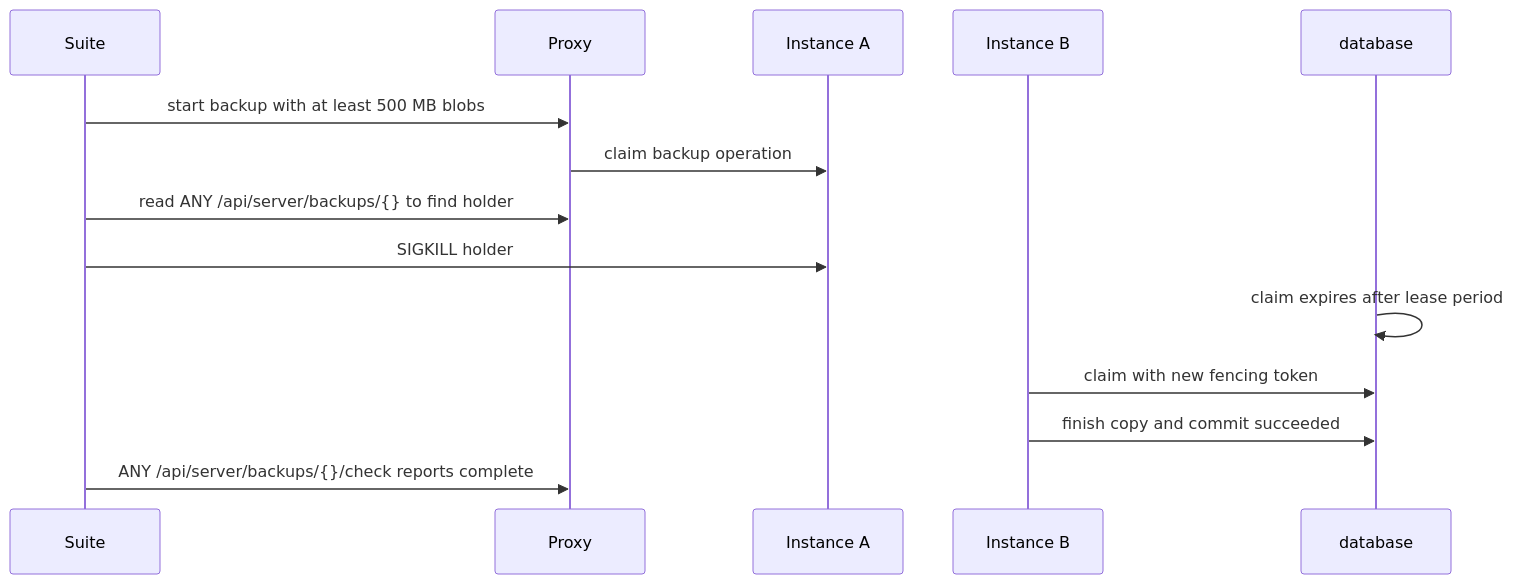
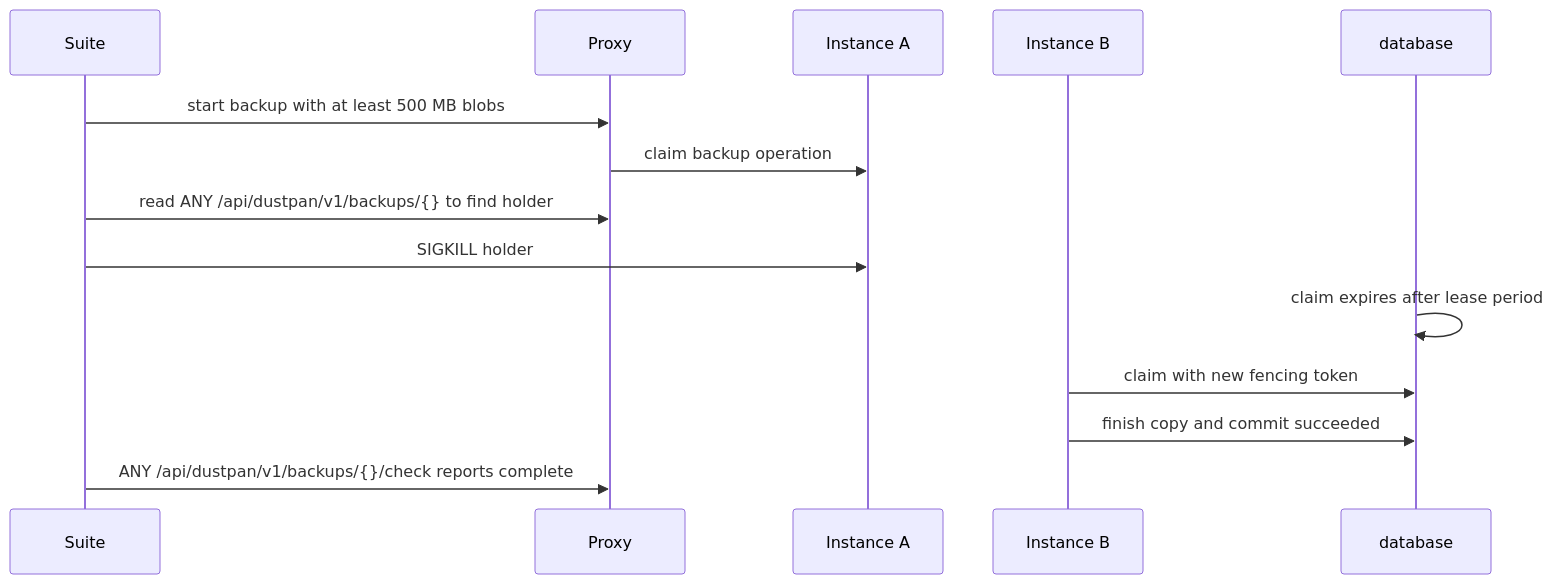
The first of 3 diagrams in openspec/changes/kill-during-backup/design.md (OpenDustpan/OpenDustpan), drawn with Mermaid before and after one commit. The commit also changed 16 other files, not shown here.

````diff
--- a/openspec/changes/kill-during-backup/design.md
+++ b/openspec/changes/kill-during-backup/design.md
@@ -23,16 +23,16 @@
 ```mermaid
 sequenceDiagram
 participant S as Suite
 participant P as Proxy
 participant A as Instance A
 participant B as Instance B
 participant D as database
 S->>P: start backup with at least 500 MB blobs
 P->>A: claim backup operation
-S->>P: read ANY /api/server/backups/{} to find holder
+S->>P: read ANY /api/dustpan/v1/backups/{} to find holder
 S->>A: SIGKILL holder
 D->>D: claim expires after lease period
 B->>D: claim with new fencing token
 B->>D: finish copy and commit succeeded
-S->>P: ANY /api/server/backups/{}/check reports complete
+S->>P: ANY /api/dustpan/v1/backups/{}/check reports complete
 ```
````
